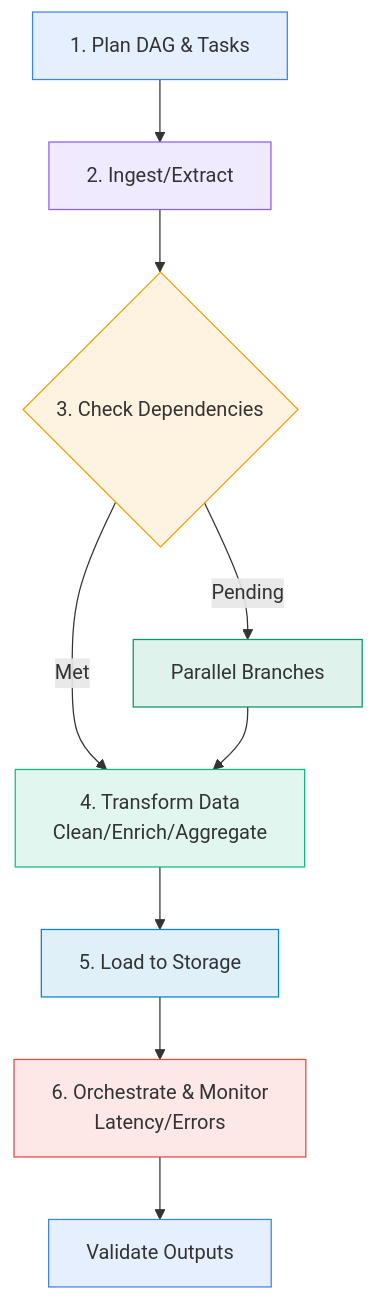
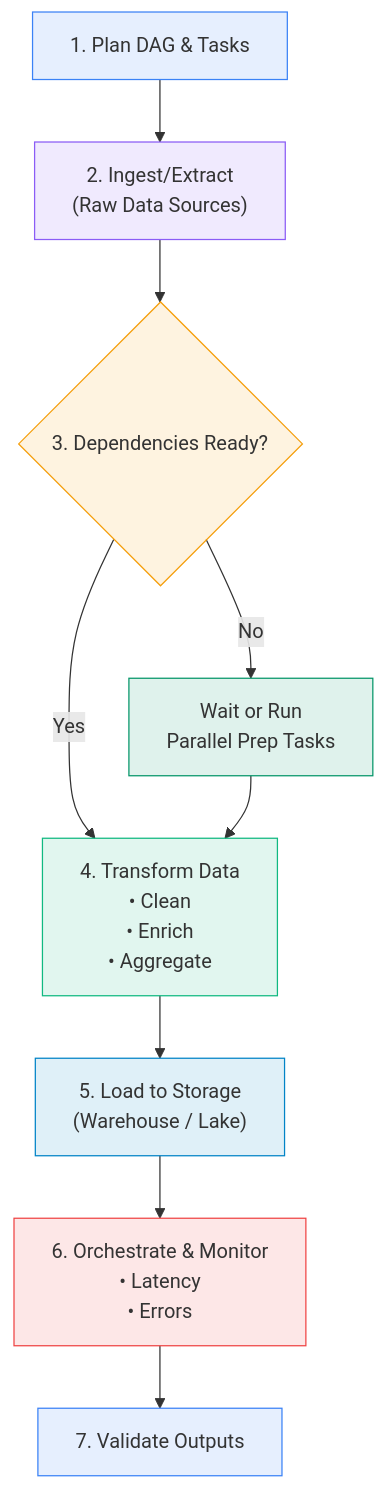
Before and after one commit to MadeInShineA/hei-course-summaries: the third of 6 diagrams in 302.1-data-computation/summaries/intro.md, drawn with Mermaid. The commit also changed other lines of this file and 1 other file, not shown here.

````diff
--- a/302.1-data-computation/summaries/intro.md
+++ b/302.1-data-computation/summaries/intro.md
@@ -209,20 +228,20 @@
 ```mermaid
 flowchart TD
-    Plan[1. Plan DAG & Tasks] --> Ingest[2. Ingest/Extract]
-    Ingest --> DepCheck{3. Check Dependencies}
-    DepCheck -->|Met| Transform[4. Transform Data<br/>Clean/Enrich/Aggregate]
-    DepCheck -->|Pending| Parallel[Parallel Branches]
+    Plan["1. Plan DAG & Tasks"] --> Ingest["2. Ingest/Extract<br/>(Raw Data Sources)"]
+    Ingest --> DepCheck{"3. Dependencies Ready?"}
+    DepCheck -->|"Yes"| Transform["4. Transform Data<br/>• Clean<br/>• Enrich<br/>• Aggregate"]
+    DepCheck -->|"No"| Parallel["Wait or Run<br/>Parallel Prep Tasks"]
     Parallel --> Transform
-    Transform --> Load[5. Load to Storage]
-    Load --> Orchestrate[6. Orchestrate & Monitor<br/>Latency/Errors]
-    Orchestrate --> Validate[Validate Outputs]
-    
+    Transform --> Load["5. Load to Storage<br/>(Warehouse / Lake)"]
+    Load --> Orchestrate["6. Orchestrate & Monitor<br/>• Latency<br/>• Errors"]
+    Orchestrate --> Validate["7. Validate Outputs"]
+
     style Plan fill:#3b82f620,stroke:#3b82f6
     style Ingest fill:#8b5cf620,stroke:#8b5cf6
     style DepCheck fill:#f59e0b20,stroke:#f59e0b
     style Transform fill:#10b98120,stroke:#10b981
     style Parallel fill:#05966920,stroke:#059669
     style Load fill:#0284c720,stroke:#0284c7
     style Orchestrate fill:#ef444420,stroke:#ef4444
     style Validate fill:#3b82f620,stroke:#3b82f6
 ```
````
